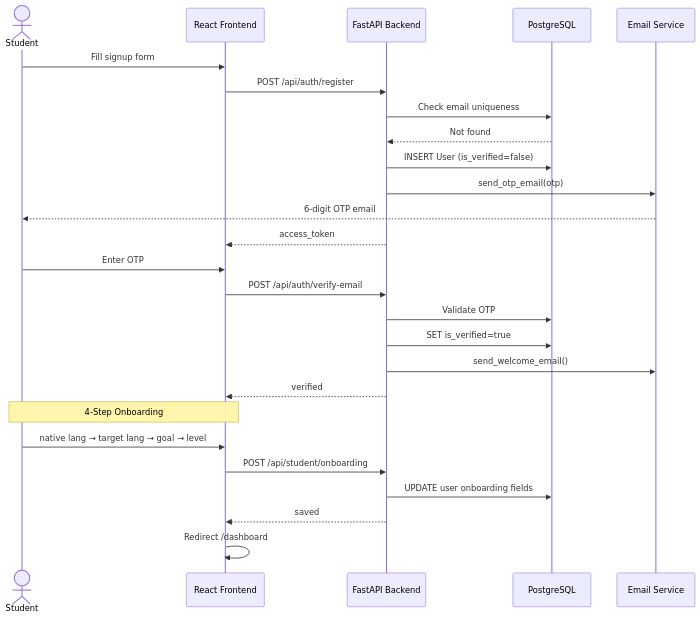
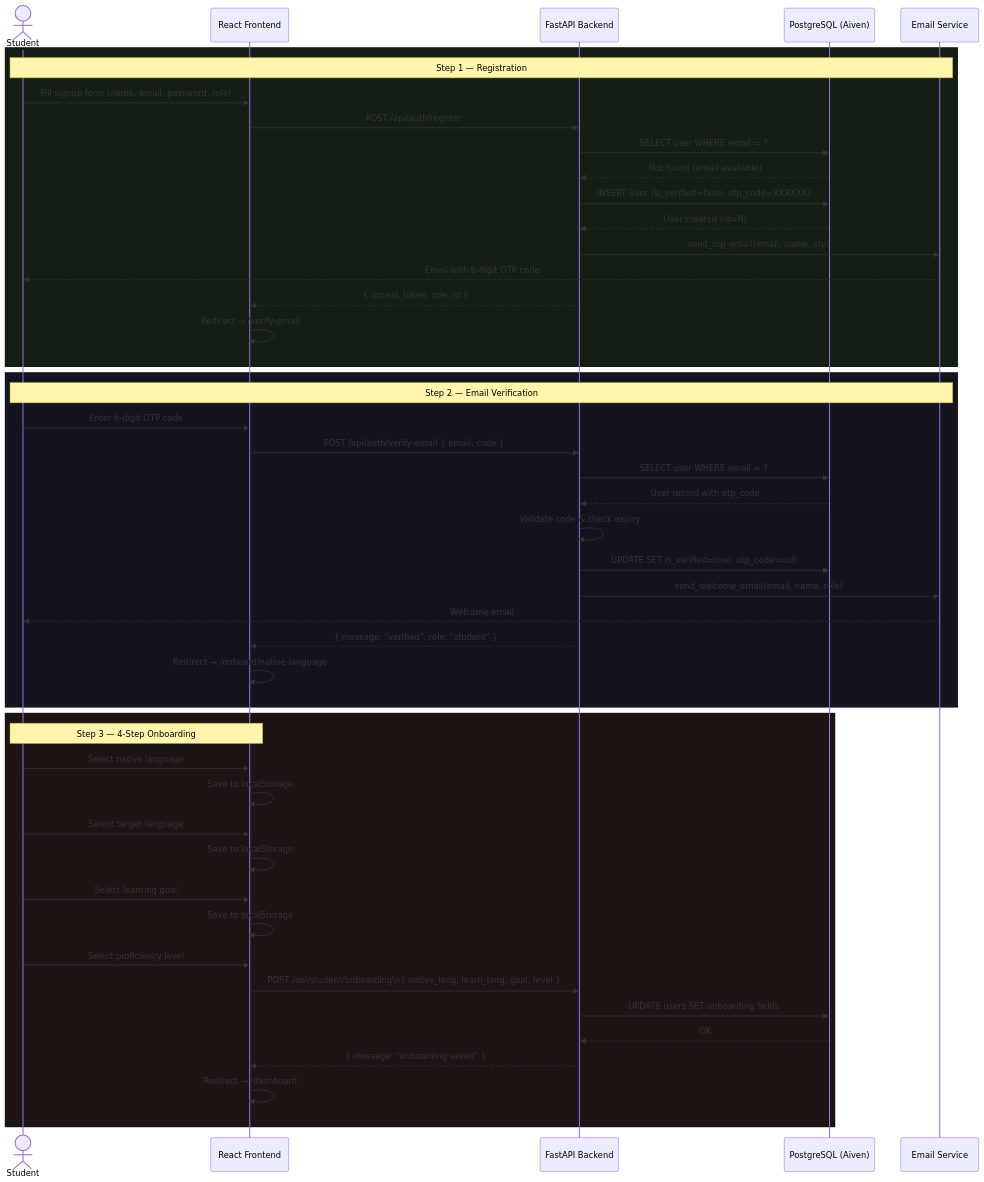
Before and after one commit to ngabo-dev/fluentfusion.v1: the fourth of 9 diagrams in DIAGRAMS.md, drawn with Mermaid. The commit also changed other lines of this file, not shown here.

First line of the commit message:
docs: completely revise all diagrams — complete, clear, report-ready

````diff
--- a/DIAGRAMS.md
+++ b/DIAGRAMS.md
@@ -158,31 +244,52 @@
 ```mermaid
 sequenceDiagram
     actor U as Student
     participant FE as React Frontend
     participant API as FastAPI Backend
-    participant DB as PostgreSQL
+    participant DB as PostgreSQL (Aiven)
     participant EM as Email Service
 
-    U->>FE: Fill signup form
-    FE->>API: POST /api/auth/register
-    API->>DB: Check email uniqueness
-    DB-->>API: Not found
-    API->>DB: INSERT User (is_verified=false)
-    API->>EM: send_otp_email(otp)
-    EM-->>U: 6-digit OTP email
-    API-->>FE: access_token
+    rect rgb(20, 30, 20)
+        Note over U,EM: Step 1 — Registration
+        U->>FE: Fill signup form (name, email, password, role)
+        FE->>API: POST /api/auth/register
+        API->>DB: SELECT user WHERE email = ?
+        DB-->>API: Not found (email available)
+        API->>DB: INSERT User (is_verified=false, otp_code=XXXXXX)
+        DB-->>API: User created (id=N)
+        API->>EM: send_otp_email(email, name, otp)
+        EM-->>U: Email with 6-digit OTP code
+        API-->>FE: { access_token, role, id }
+        FE->>FE: Redirect → /verify-email
+    end
 
-    U->>FE: Enter OTP
-    FE->>API: POST /api/auth/verify-email
-    API->>DB: Validate OTP
-    API->>DB: SET is_verified=true
-    API->>EM: send_welcome_email()
-    API-->>FE: verified
+    rect rgb(20, 20, 30)
+        Note over U,EM: Step 2 — Email Verification
+        U->>FE: Enter 6-digit OTP code
+        FE->>API: POST /api/auth/verify-email { email, code }
+        API->>DB: SELECT user WHERE email = ?
+        DB-->>API: User record with otp_code
+        API->>API: Validate code & check expiry
+        API->>DB: UPDATE SET is_verified=true, otp_code=null
+        API->>EM: send_welcome_email(email, name, role)
+        EM-->>U: Welcome email
+        API-->>FE: { message: "verified", role: "student" }
+        FE->>FE: Redirect → /onboard/native-language
+    end
 
-    Note over U,FE: 4-Step Onboarding
-    U->>FE: native lang → target lang → goal → level
-    FE->>API: POST /api/student/onboarding
-    API->>DB: UPDATE user onboarding fields
-    API-->>FE: saved
-    FE->>FE: Redirect /dashboard
+    rect rgb(30, 20, 20)
+        Note over U,FE: Step 3 — 4-Step Onboarding
+        U->>FE: Select native language
+        FE->>FE: Save to localStorage
+        U->>FE: Select target language
+        FE->>FE: Save to localStorage
+        U->>FE: Select learning goal
+        FE->>FE: Save to localStorage
+        U->>FE: Select proficiency level
+        FE->>API: POST /api/student/onboarding\n{ native_lang, learn_lang, goal, level }
+        API->>DB: UPDATE users SET onboarding fields
+        DB-->>API: OK
+        API-->>FE: { message: "onboarding saved" }
+        FE->>FE: Redirect → /dashboard
+    end
 ```
````
